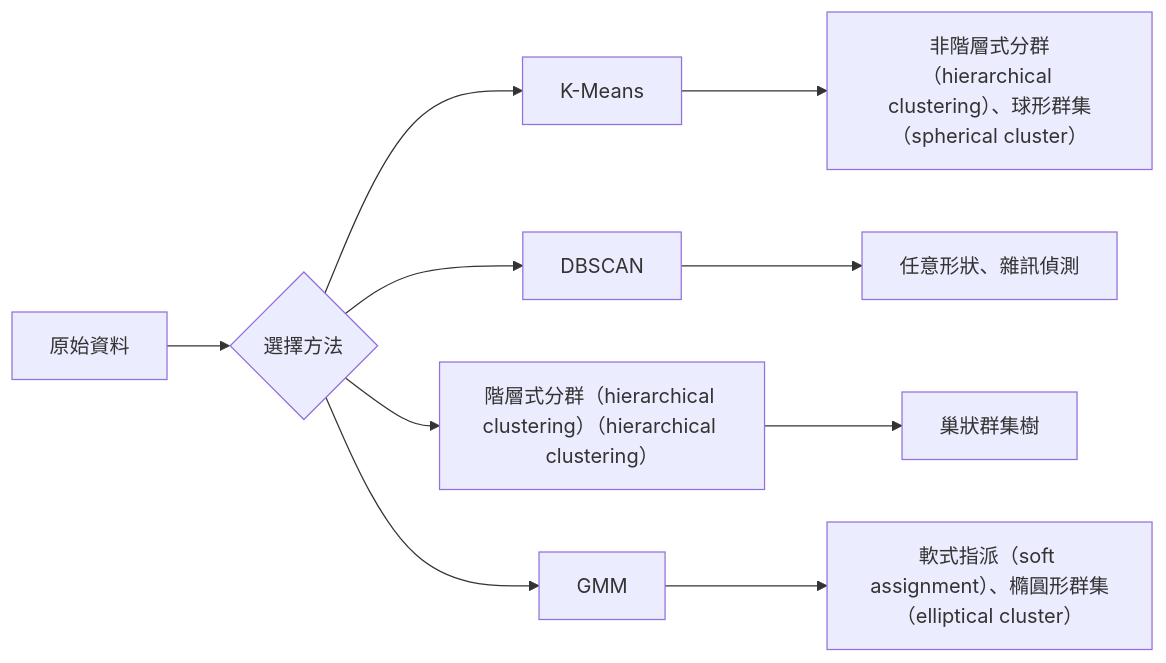
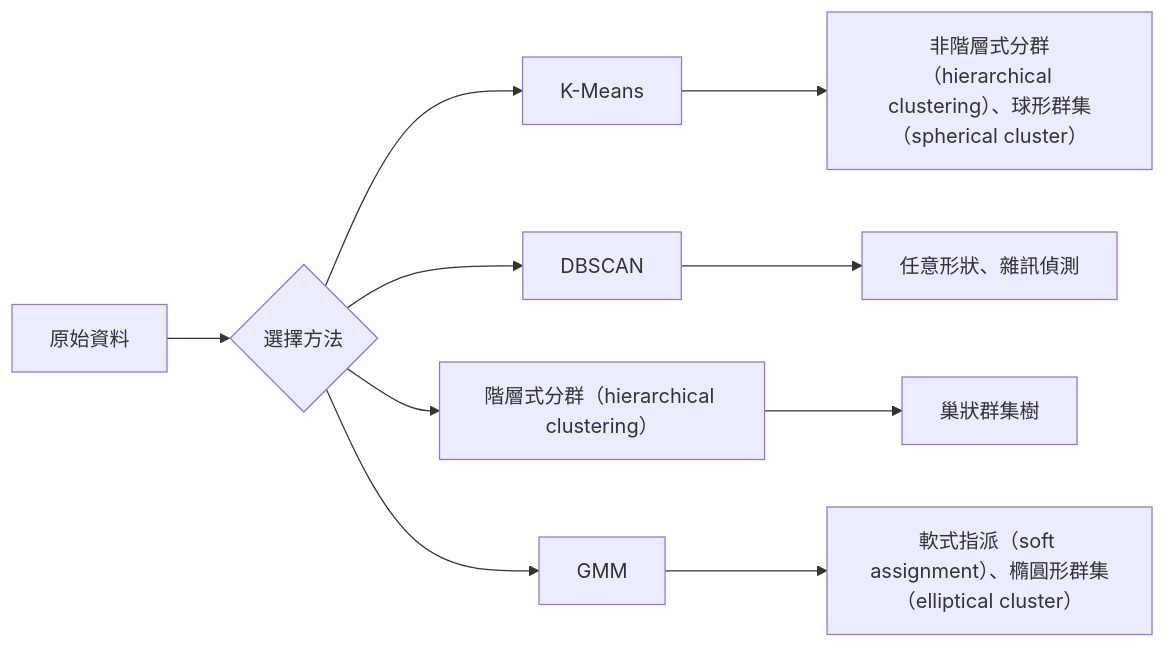
Before and after one commit to edward821220/ai-engineering-from-scratch: the diagram in i18n/zh-TW/phases/02-ml-fundamentals/07-unsupervised-learning/docs/zh-TW.md, drawn with Mermaid. The commit also changed other lines of this file, not shown here.

Commit message:
docs(i18n): zh-TW / 02/07

````diff
--- a/i18n/zh-TW/phases/02-ml-fundamentals/07-unsupervised-learning/docs/zh-TW.md
+++ b/i18n/zh-TW/phases/02-ml-fundamentals/07-unsupervised-learning/docs/zh-TW.md
@@ -31,12 +31,12 @@
 ```mermaid
 flowchart LR
     A[原始資料] --> B{選擇方法}
     B --> C[K-Means]
     B --> D[DBSCAN]
-    B --> E[階層式分群（hierarchical clustering）（hierarchical clustering）]
+    B --> E[階層式分群（hierarchical clustering）]
     B --> F[GMM]
     C --> G[非階層式分群（hierarchical clustering）、球形群集（spherical cluster）]
     D --> H[任意形狀、雜訊偵測]
     E --> I[巢狀群集樹]
     F --> J[軟式指派（soft assignment）、橢圓形群集（elliptical cluster）]
 ```
````
